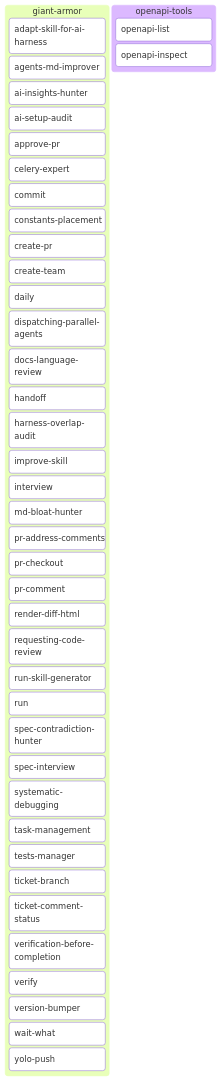
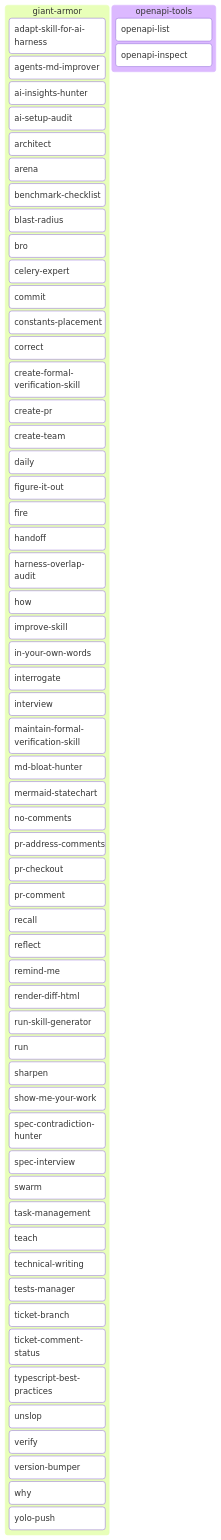
Before and after one commit to Alex-Kopylov/zweihander: the third of 4 diagrams in README.md, drawn with Mermaid. The commit also changed other lines of this file and 370 other files, not shown here.

````diff
--- a/README.md
+++ b/README.md
@@ -83,44 +83,63 @@
 ```mermaid
 kanban
   giant_armor[giant-armor]
     aao_adapt_skill_for_ai_harness[adapt-skill-for-ai-harness]
     aao_agents_md_improver[agents-md-improver]
     aao_ai_insights_hunter[ai-insights-hunter]
     aao_ai_setup_audit[ai-setup-audit]
-    dw_approve_pr[approve-pr]
+    ga_architect[architect]
+    ga_arena[arena]
+    ga_benchmark_checklist[benchmark-checklist]
+    ga_blast_radius[blast-radius]
+    ga_bro[bro]
     pdw_celery_expert[celery-expert]
     dw_commit[commit]
     pdw_constants_placement[constants-placement]
+    ga_correct[correct]
+    ga_create_formal_verification_skill[create-formal-verification-skill]
     dw_create_pr[create-pr]
     wst_create_team[create-team]
     wst_daily[daily]
-    dw_dispatching_parallel_agents[dispatching-parallel-agents]
-    aao_docs_language_review[docs-language-review]
+    ga_figure_it_out[figure-it-out]
+    ga_fire[fire]
     wst_handoff[handoff]
     aao_harness_overlap_audit[harness-overlap-audit]
+    ga_how[how]
     aao_improve_skill[improve-skill]
+    ga_in_your_own_words[in-your-own-words]
+    ga_interrogate[interrogate]
     wst_interview[interview]
+    ga_maintain_formal_verification_skill[maintain-formal-verification-skill]
     aao_md_bloat_hunter[md-bloat-hunter]
+    ga_mermaid_statechart[mermaid-statechart]
+    ga_no_comments[no-comments]
     dw_pr_address_comments[pr-address-comments]
     dw_pr_checkout[pr-checkout]
     dw_pr_comment[pr-comment]
+    ga_recall[recall]
+    ga_reflect[reflect]
+    ga_remind_me[remind-me]
     dw_render_diff_html[render-diff-html]
-    dw_requesting_code_review[requesting-code-review]
     rva_run_skill_generator[run-skill-generator]
     rva_run[run]
+    ga_sharpen[sharpen]
+    ga_show_me_your_work[show-me-your-work]
     dw_spec_contradiction_hunter[spec-contradiction-hunter]
     dw_spec_interview[spec-interview]
-    dw_systematic_debugging[systematic-debugging]
+    ga_swarm[swarm]
     wst_task_management[task-management]
+    ga_teach[teach]
+    ga_technical_writing[technical-writing]
     pdw_tests_manager[tests-manager]
     dw_ticket_branch[ticket-branch]
     dw_ticket_comment_status[ticket-comment-status]
-    dw_verification_before_completion[verification-before-completion]
+    ga_typescript_best_practices[typescript-best-practices]
+    ga_unslop[unslop]
     rva_verify[verify]
     dw_version_bumper[version-bumper]
-    wst_wait_what[wait-what]
+    ga_why[why]
     dw_yolo_push[yolo-push]
   openapi_tools[openapi-tools]
     oat_openapi_list[openapi-list]
     oat_openapi_inspect[openapi-inspect]
 ```
````
